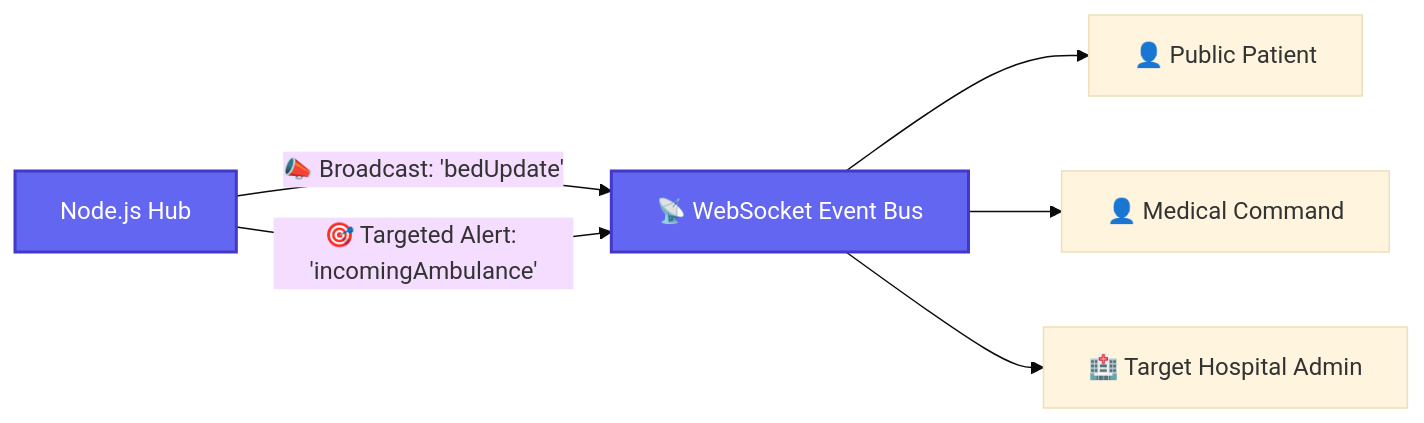
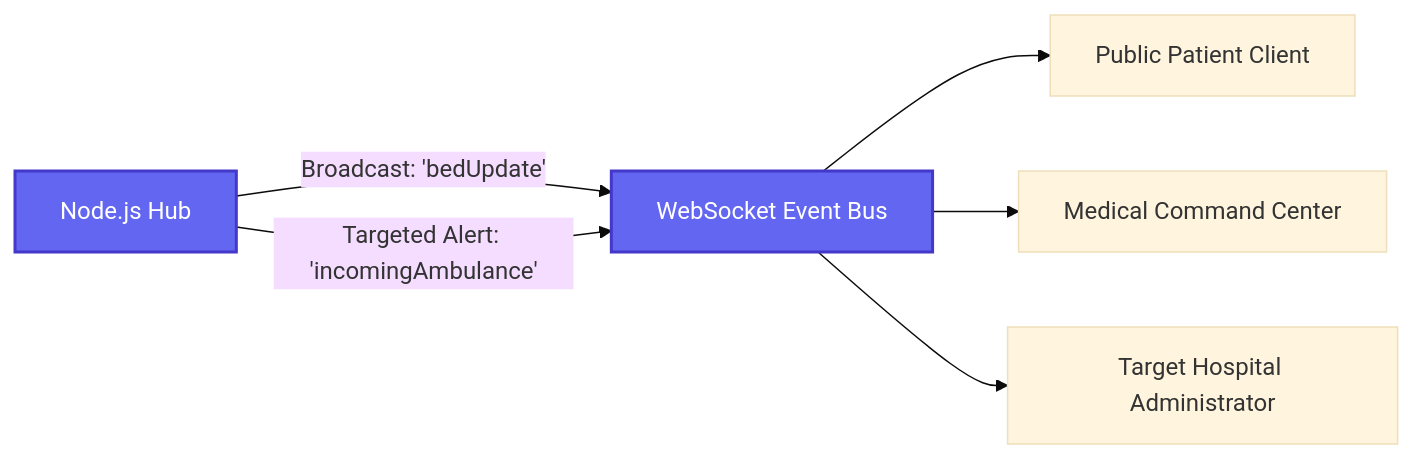
The second of 2 diagrams in docs/system-design.md (rid-coder-70/hospital-bed-system), drawn with Mermaid (base theme) before and after one commit. The commit also changed other lines of this file and 6 other files, not shown here.

````diff
--- a/docs/system-design.md
+++ b/docs/system-design.md
@@ -65,16 +65,15 @@
 ```mermaid
 graph LR
     %% Styles
     classDef main fill:#6366F1,stroke:#4338CA,stroke-width:2px,color:#fff;
-    classDef event fill:#8B5CF6,stroke:#6D28D9,stroke-width:2px,color:#fff;
 
     Server[Node.js Hub]:::main
-    WSS["📡 WebSocket Event Bus"]:::main
+    WSS["WebSocket Event Bus"]:::main
 
-    Server --> |"📣 Broadcast: 'bedUpdate'"| WSS
-    WSS --> Client1["👤 Public Patient"]
-    WSS --> Client2["👤 Medical Command"]
+    Server --> |"Broadcast: 'bedUpdate'"| WSS
+    WSS --> Client1["Public Patient Client"]
+    WSS --> Client2["Medical Command Center"]
 
-    Server --> |"🎯 Targeted Alert: 'incomingAmbulance'"| WSS
-    WSS --> TargetHosp["🏥 Target Hospital Admin"]
+    Server --> |"Targeted Alert: 'incomingAmbulance'"| WSS
+    WSS --> TargetHosp["Target Hospital Administrator"]
 ```
````
